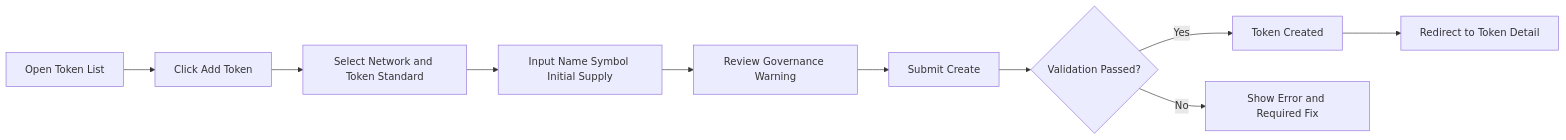
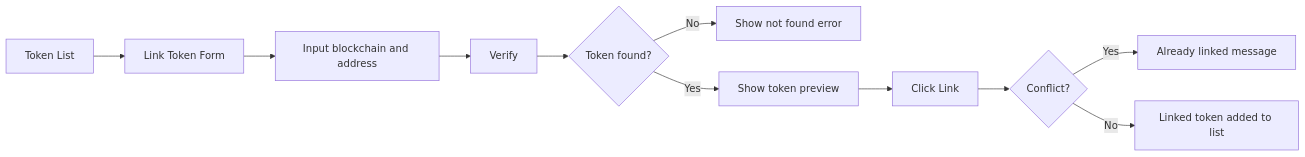
One commit to jaerius/tokenization_demo changed the second of 7 diagrams in docs/UserFlow.md. Above: the diagram before and after it, drawn with Mermaid. The commit also changed other lines of this file and 11 other files, not shown here.

````diff
--- a/docs/UserFlow.md
+++ b/docs/UserFlow.md
@@ -13,12 +78,13 @@
 ```mermaid
 flowchart LR
-    A[Open Token List] --> B[Click Add Token]
-    B --> C[Select Network and Token Standard]
-    C --> D[Input Name Symbol Initial Supply]
-    D --> E[Review Governance Warning]
-    E --> F[Submit Create]
-    F --> G{Validation Passed?}
-    G -- Yes --> H[Token Created]
-    G -- No --> I[Show Error and Required Fix]
-    H --> J[Redirect to Token Detail]
+    A[Token List] --> B[Link Token Form]
+    B --> C[Input blockchain and address]
+    C --> D[Verify]
+    D --> E{Token found?}
+    E -->|No| F[Show not found error]
+    E -->|Yes| G[Show token preview]
+    G --> H[Click Link]
+    H --> I{Conflict?}
+    I -->|Yes| J[Already linked message]
+    I -->|No| K[Linked token added to list]
 ```
````
